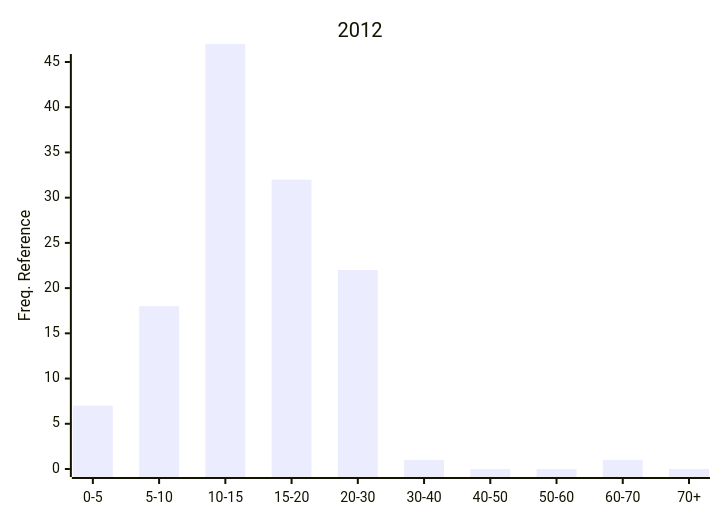
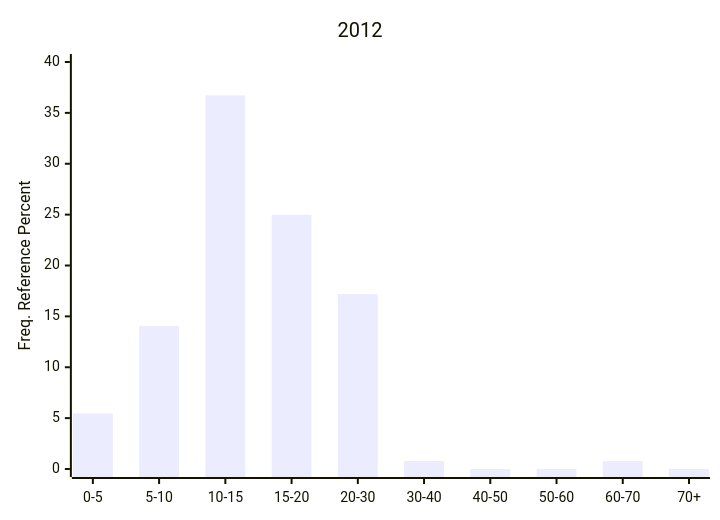
Diagram 15 of 28 in README.md (Nemus-Project/fair-nime-2026), drawn with Mermaid before and after one commit. The commit also changed other lines of this file, not shown here.

````diff
--- a/README.md
+++ b/README.md
@@ -577,7 +578,7 @@
 ```mermaid
 xychart-beta
     title "2012"
     x-axis ["0-5", "5-10", "10-15", "15-20", "20-30", "30-40", "40-50", "50-60", "60-70", "70+"]
-    y-axis "Freq. Reference" 0 --> 45
-    bar [7, 18, 47, 32, 22, 1, 0, 0, 1, 0]
+    y-axis "Freq. Reference Percent" 0 --> 40
+    bar [5.46875, 14.0625, 36.71875, 25.0, 17.1875, 0.78125, 0.0, 0.0, 0.78125, 0.0]
 ```    
````
